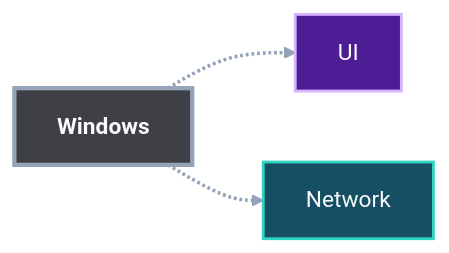
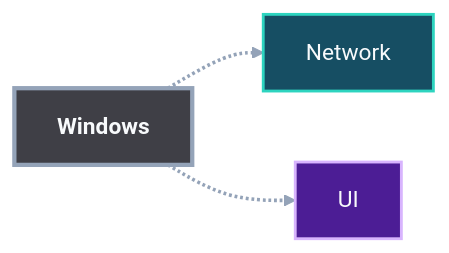
Before and after one commit to chetjones003/GoSurvey: diagram 20 of 42 in docs/architecture/system-dependencies.md, drawn with Mermaid. The commit also changed other lines of this file and 3 other files, not shown here.

First line of the commit message:
tools: structure diagram generator and check it in CI

````diff
--- a/docs/architecture/system-dependencies.md
+++ b/docs/architecture/system-dependencies.md
@@ -494,13 +496,13 @@
 ```mermaid
 flowchart LR
   pwin__src["<b>Windows</b>"]
+  pwin__network["Network"]
   pwin__ui["UI"]
-  pwin__network["Network"]
+  pwin__src -.-> pwin__network
   pwin__src -.-> pwin__ui
-  pwin__src -.-> pwin__network
   style pwin__src fill:#3f3f46,stroke:#94a3b8,stroke-width:3px,color:#f8fafc
+  style pwin__network fill:#164e63,stroke:#2dd4bf,stroke-width:2px,color:#f8fafc
   style pwin__ui fill:#4c1d95,stroke:#d8b4fe,stroke-width:2px,color:#f8fafc
-  style pwin__network fill:#164e63,stroke:#2dd4bf,stroke-width:2px,color:#f8fafc
   linkStyle 0 stroke:#94a3b8,stroke-width:2.5px
   linkStyle 1 stroke:#94a3b8,stroke-width:2.5px
 ```
````
